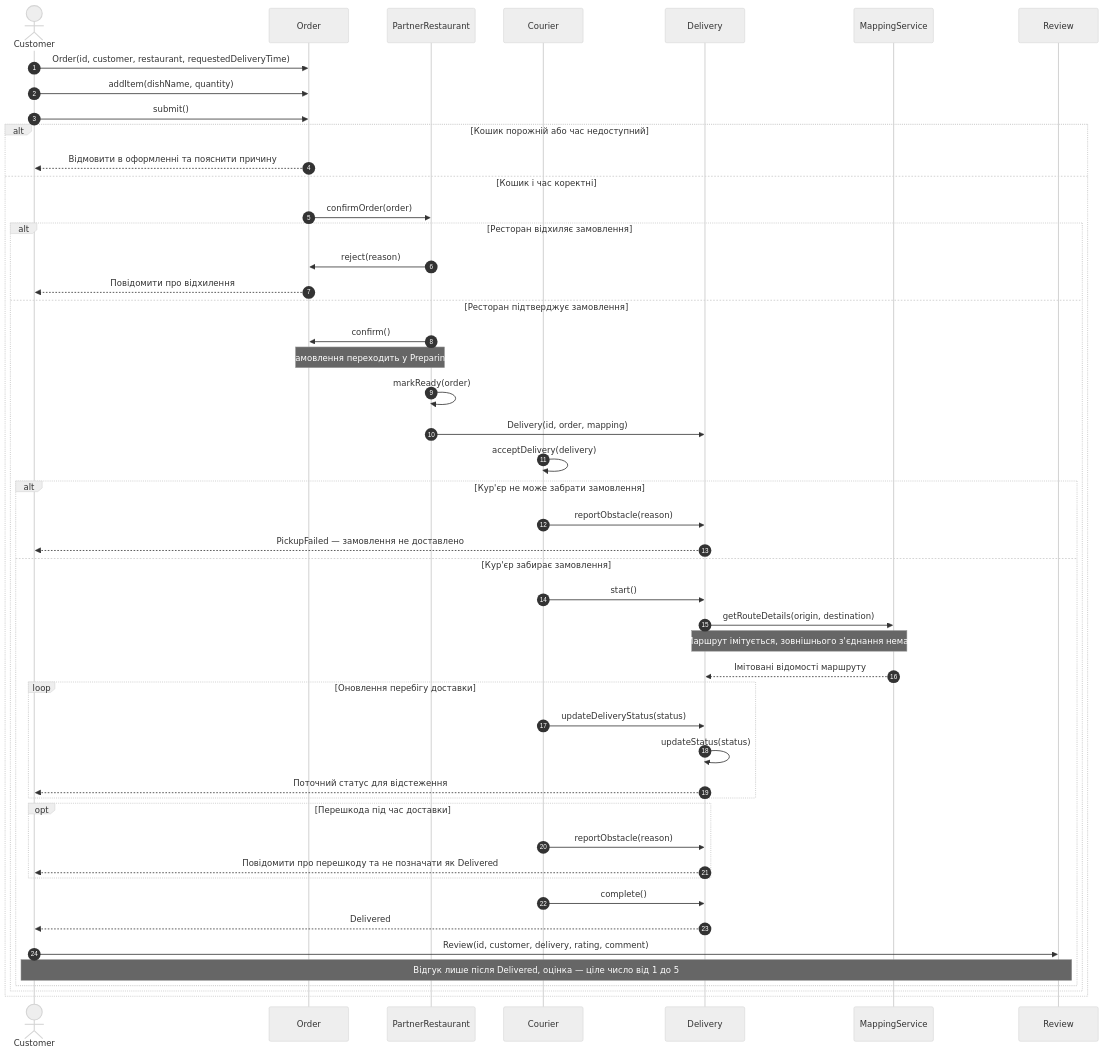
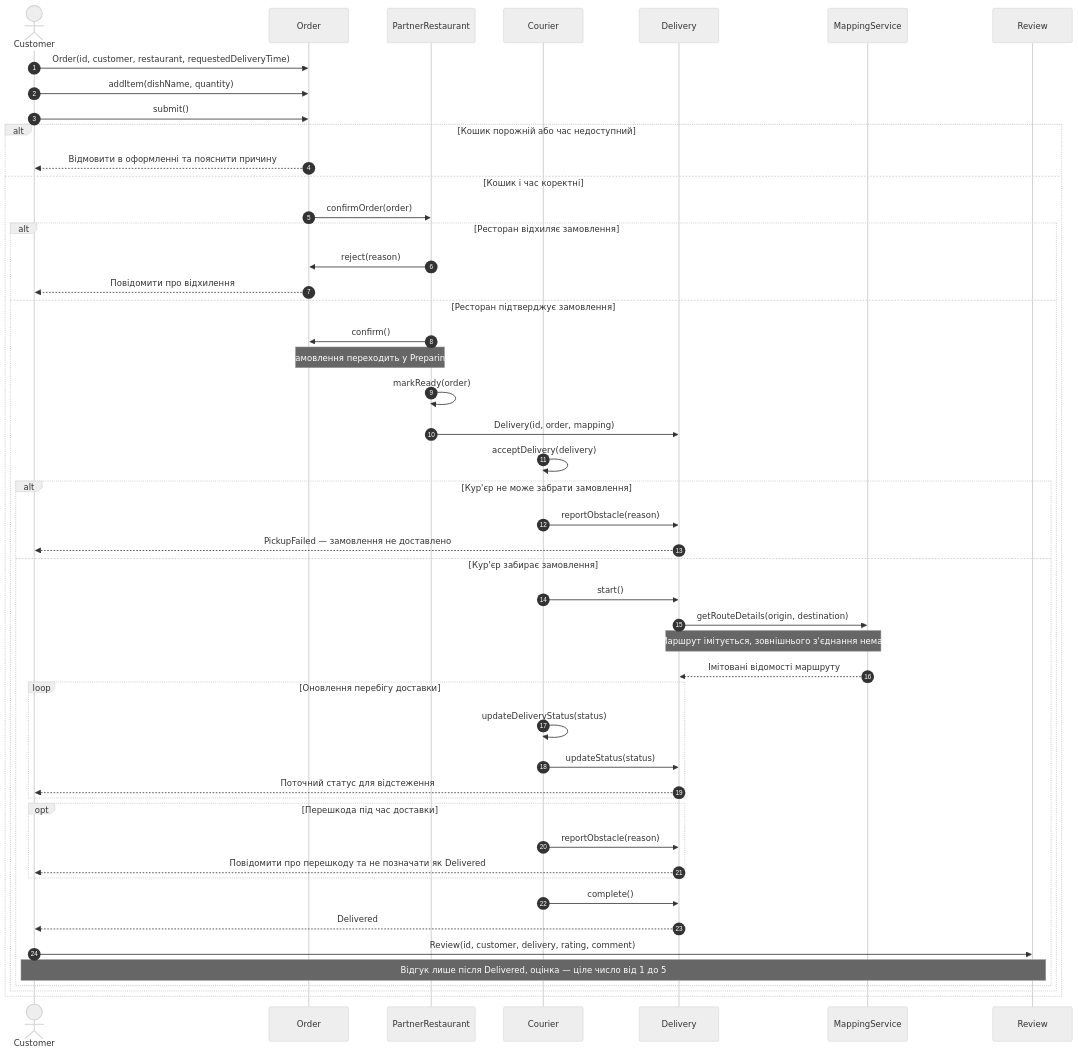
Before and after one commit to VaschenkoVlad/fooddelivery: the diagram in docs/sequence.mmd, drawn with Mermaid (neutral theme).

Commit message:
fix: send updateStatus to Delivery in sequence diagram

```diff
--- a/docs/sequence.mmd
+++ b/docs/sequence.mmd
@@ -1,50 +1,50 @@
 sequenceDiagram
     autonumber
     actor customer as Customer
     participant order as Order
     participant restaurant as PartnerRestaurant
     participant courier as Courier
     participant delivery as Delivery
     participant mapping as MappingService
     participant review as Review
 
     customer->>order: Order(id, customer, restaurant, requestedDeliveryTime)
     customer->>order: addItem(dishName, quantity)
     customer->>order: submit()
     alt Кошик порожній або час недоступний
         order-->>customer: Відмовити в оформленні та пояснити причину
     else Кошик і час коректні
         order->>restaurant: confirmOrder(order)
         alt Ресторан відхиляє замовлення
             restaurant->>order: reject(reason)
             order-->>customer: Повідомити про відхилення
         else Ресторан підтверджує замовлення
             restaurant->>order: confirm()
             Note over restaurant,order: Замовлення переходить у Preparing
             restaurant->>restaurant: markReady(order)
             restaurant->>delivery: Delivery(id, order, mapping)
             courier->>courier: acceptDelivery(delivery)
             alt Кур'єр не може забрати замовлення
                 courier->>delivery: reportObstacle(reason)
                 delivery-->>customer: PickupFailed — замовлення не доставлено
             else Кур'єр забирає замовлення
                 courier->>delivery: start()
                 delivery->>mapping: getRouteDetails(origin, destination)
                 Note over delivery,mapping: Маршрут імітується, зовнішнього з'єднання немає
                 mapping-->>delivery: Імітовані відомості маршруту
                 loop Оновлення перебігу доставки
-                    courier->>delivery: updateDeliveryStatus(status)
-                    delivery->>delivery: updateStatus(status)
+                    courier->>courier: updateDeliveryStatus(status)
+                    courier->>delivery: updateStatus(status)
                     delivery-->>customer: Поточний статус для відстеження
                 end
                 opt Перешкода під час доставки
                     courier->>delivery: reportObstacle(reason)
                     delivery-->>customer: Повідомити про перешкоду та не позначати як Delivered
                 end
                 courier->>delivery: complete()
                 delivery-->>customer: Delivered
                 customer->>review: Review(id, customer, delivery, rating, comment)
                 Note over customer,review: Відгук лише після Delivered, оцінка — ціле число від 1 до 5
             end
         end
     end
```
